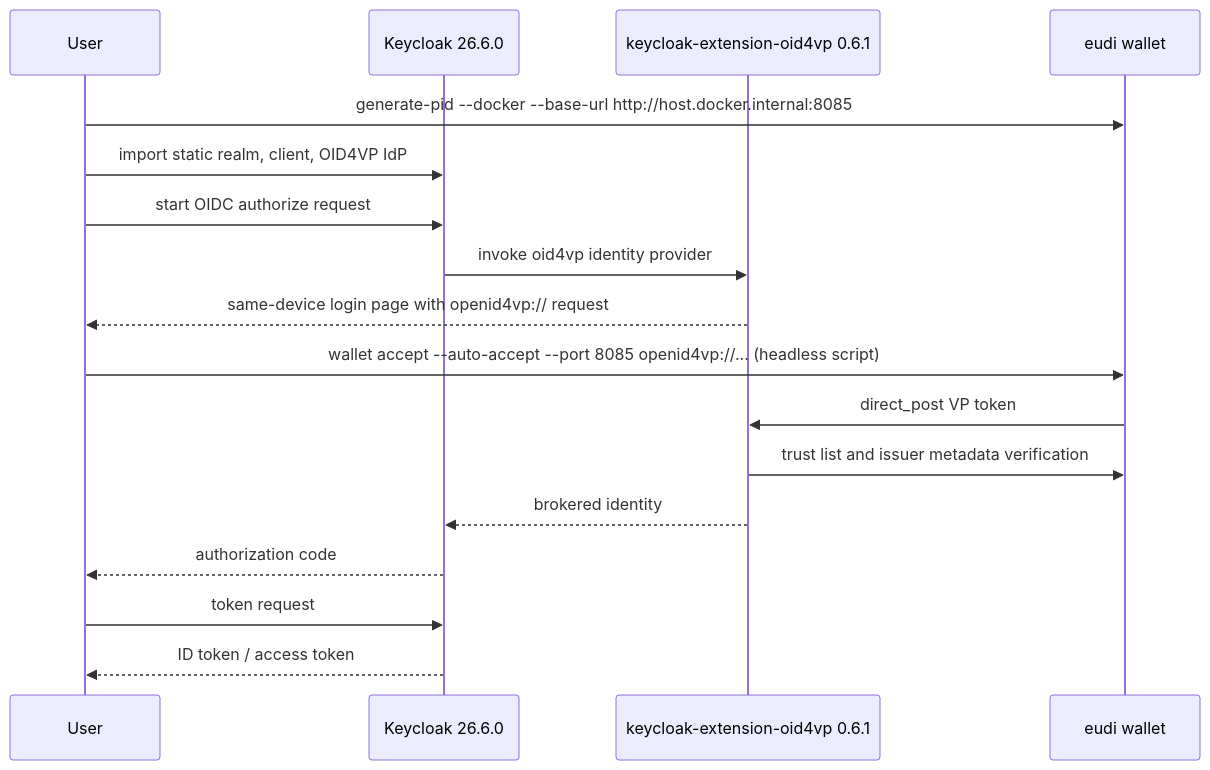
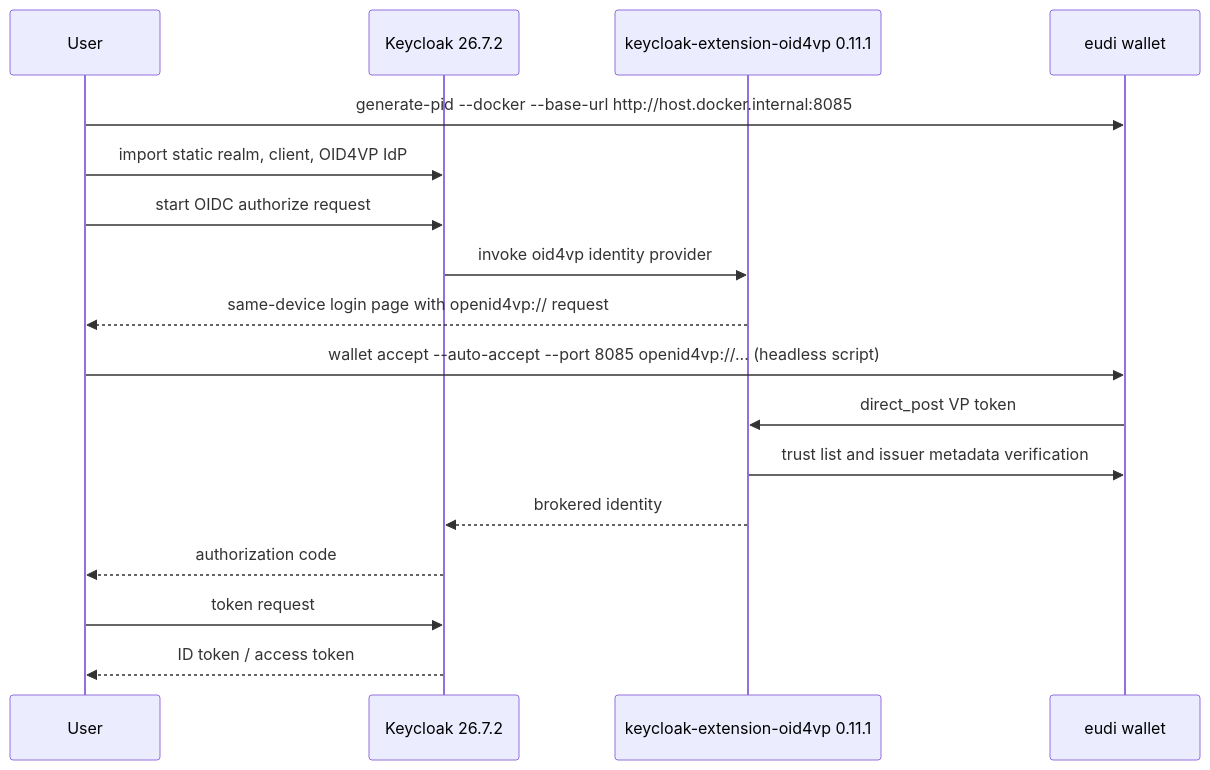
One commit to dominikschlosser/eudi-dev changed the diagram in examples/keycloak-verifier-oid4vp/README.md. Above: the diagram before and after it, drawn with Mermaid. The commit also changed other lines of this file and 47 other files, not shown here.

````diff
--- a/examples/keycloak-verifier-oid4vp/README.md
+++ b/examples/keycloak-verifier-oid4vp/README.md
@@ -15,20 +15,20 @@
 ```mermaid
 sequenceDiagram
     participant U as User
-    participant KC as Keycloak 26.6.0
-    participant EXT as keycloak-extension-oid4vp 0.6.1
+    participant KC as Keycloak 26.7.2
+    participant EXT as keycloak-extension-oid4vp 0.11.1
     participant W as eudi wallet
 
     U->>W: generate-pid --docker --base-url http://host.docker.internal:8085
     U->>KC: import static realm, client, OID4VP IdP
     U->>KC: start OIDC authorize request
     KC->>EXT: invoke oid4vp identity provider
     EXT-->>U: same-device login page with openid4vp:// request
     U->>W: wallet accept --auto-accept --port 8085 openid4vp://... (headless script)
     W->>EXT: direct_post VP token
     EXT->>W: trust list and issuer metadata verification
     EXT-->>KC: brokered identity
     KC-->>U: authorization code
     U->>KC: token request
     KC-->>U: ID token / access token
 ```
````
